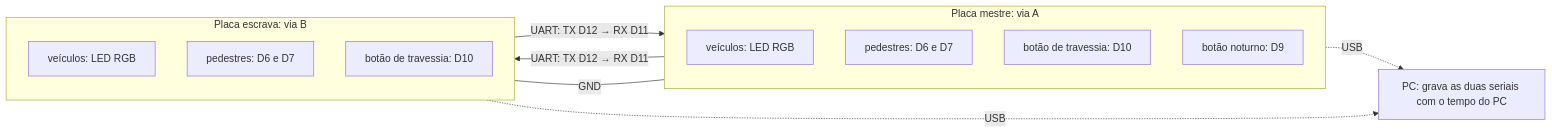
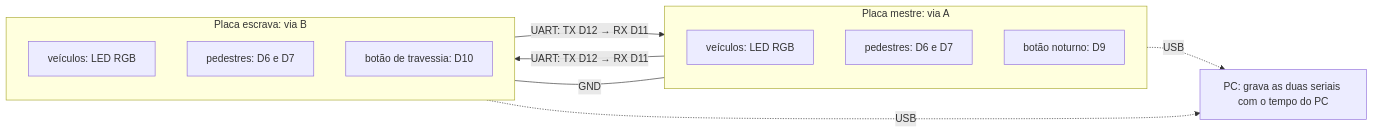
One commit to bmchad/uc-aula1-fork changed the fourth of 5 diagrams in docs/02-arquitetura.md. Above: the diagram before and after it, drawn with Mermaid. The commit also changed other lines of this file and 26 other files, not shown here.

````diff
--- a/docs/02-arquitetura.md
+++ b/docs/02-arquitetura.md
@@ -152,21 +154,20 @@
 ```mermaid
 flowchart LR
     subgraph mestre["Placa mestre: via A"]
         mv["veículos: LED RGB"]
         mp["pedestres: D6 e D7"]
-        mbt["botão de travessia: D10"]
         mbn["botão noturno: D9"]
     end
     subgraph escrava["Placa escrava: via B"]
         ev["veículos: LED RGB"]
         ep["pedestres: D6 e D7"]
         ebt["botão de travessia: D10"]
     end
     pc["PC: grava as duas seriais com o tempo do PC"]
 
     mestre -->|"UART: TX D12 → RX D11"| escrava
     escrava -->|"UART: TX D12 → RX D11"| mestre
     mestre ---|"GND"| escrava
     mestre -.->|"USB"| pc
     escrava -.->|"USB"| pc
 ```
````
